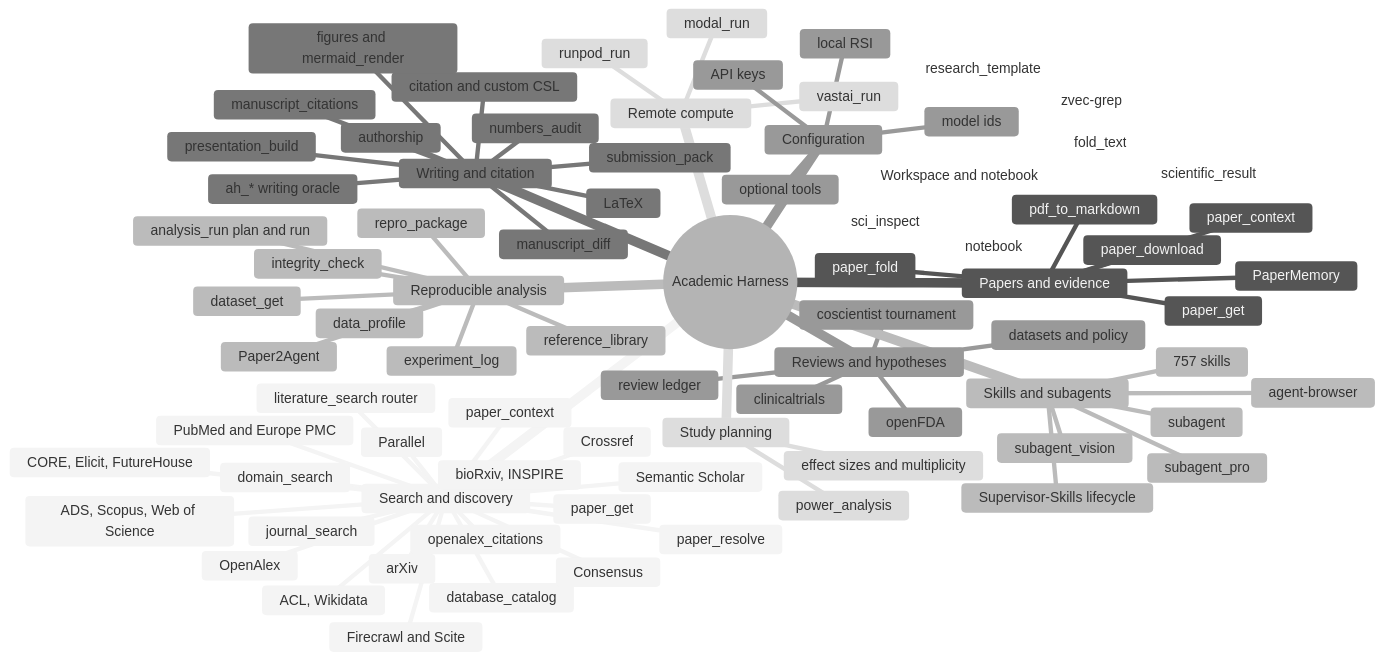
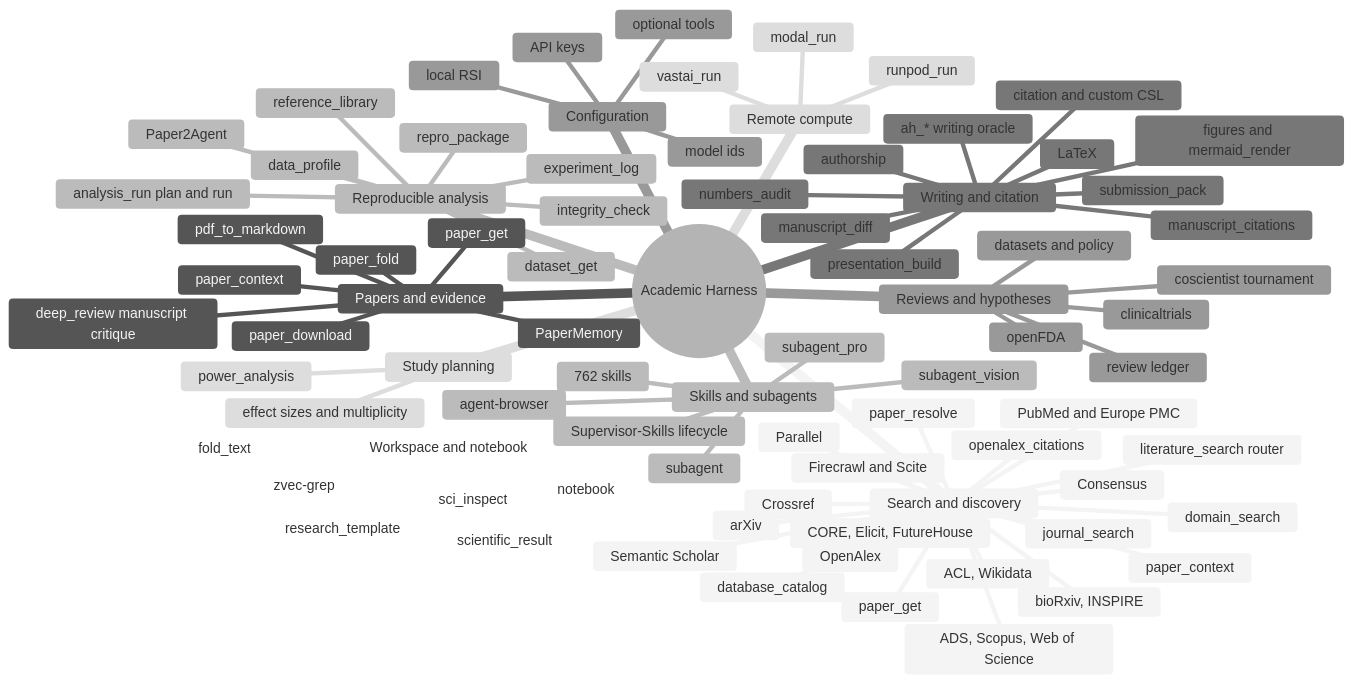
Before and after one commit to raktim-mondol/academic-harness: the diagram in docs/diagrams/capability-map.mmd, drawn with Mermaid (neutral theme). The commit also changed 8 other files, not shown here.

First line of the commit message:
docs: add a deep-review figure and put the new search tools in the routing figure

```diff
--- a/docs/diagrams/capability-map.mmd
+++ b/docs/diagrams/capability-map.mmd
@@ -1,82 +1,83 @@
 mindmap
   root((Academic Harness))
     Search and discovery
       literature_search router
       journal_search
       paper_get
       paper_context
       paper_resolve
       openalex_citations
       database_catalog
       domain_search
       OpenAlex
       Semantic Scholar
       PubMed and Europe PMC
       arXiv
       Crossref
       bioRxiv, INSPIRE
       ADS, Scopus, Web of Science
       ACL, Wikidata
       Consensus
       Parallel
       Firecrawl and Scite
       CORE, Elicit, FutureHouse
     Papers and evidence
       paper_get
       paper_context
       paper_download
       paper_fold
       pdf_to_markdown
+      deep_review manuscript critique
       PaperMemory
     Reproducible analysis
       analysis_run plan and run
       experiment_log
       dataset_get
       data_profile
       repro_package
       reference_library
       integrity_check
       Paper2Agent
     Writing and citation
       ah_* writing oracle
       citation and custom CSL
       manuscript_citations
       submission_pack
       manuscript_diff
       numbers_audit
       presentation_build
       authorship
       LaTeX
       figures and mermaid_render
     Reviews and hypotheses
       review ledger
       coscientist tournament
       clinicaltrials
       openFDA
       datasets and policy
     Study planning
       power_analysis
       effect sizes and multiplicity
     Workspace and notebook
       zvec-grep
       notebook
       scientific_result
       fold_text
       sci_inspect
       research_template
     Remote compute
       modal_run
       runpod_run
       vastai_run
     Skills and subagents
-      757 skills
+      762 skills
       Supervisor-Skills lifecycle
       agent-browser
       subagent
       subagent_pro
       subagent_vision
     Configuration
       API keys
       model ids
       optional tools
       local RSI
```
